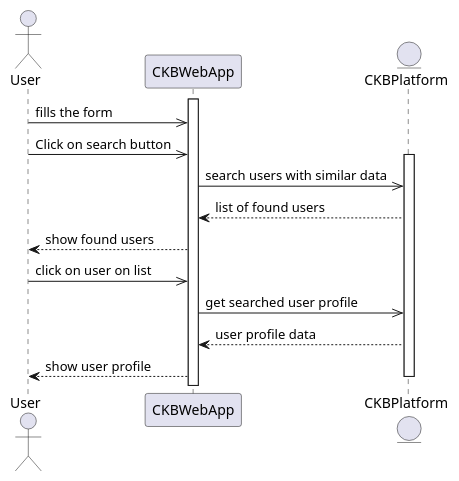
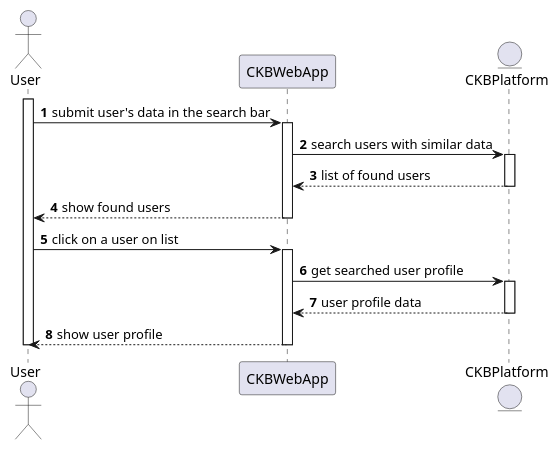
Before and after one commit to Angelo7672/SE2_Requirement-and-Design-Document: the diagram in _RASD/Images/UML/sequenceDiagram/sequenceDiagramUC10.wsd, drawn with PlantUML. The commit also changed 24 other files, not shown here.

Commit message:
sequence diagram fix

```diff
--- a/_RASD/Images/UML/sequenceDiagram/sequenceDiagramUC10.wsd
+++ b/_RASD/Images/UML/sequenceDiagram/sequenceDiagramUC10.wsd
@@ -1,20 +1,28 @@
 @startuml
+
+autonumber
 
 actor User as S
 participant CKBWebApp as E
 entity CKBPlatform as P
 
+activate S
+S -> E: submit user's data in the search bar
 activate E
-S->>E: fills the form
-S->>E: Click on search button
+E -> P: search users with similar data
 activate P
-E->>P: search users with similar data
-P-->E: list of found users
-E-->S: show found users
-S->>E: click on user on list
-E->>P: get searched user profile
-P-->E: user profile data
-E-->S: show user profile
-deactivate P 
+P --> E: list of found users
+deactivate P
+E --> S: show found users
+deactivate E
+S -> E: click on a user on list
+activate E
+E -> P: get searched user profile
+activate P
+P --> E: user profile data
+deactivate P
+E --> S: show user profile
+deactivate E
+deactivate S
 
 @enduml
```
